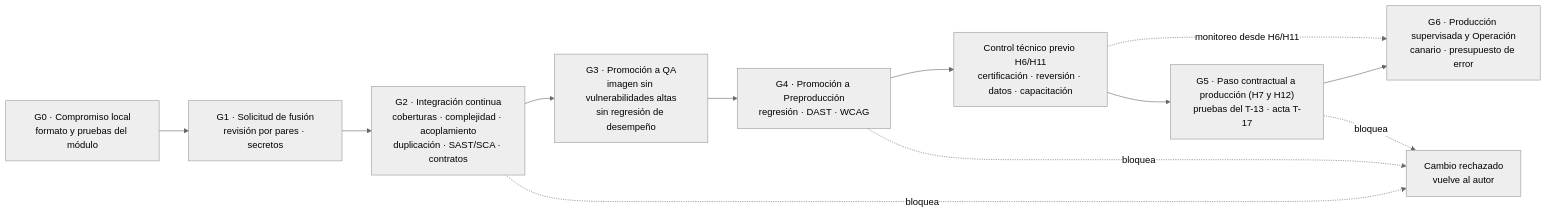
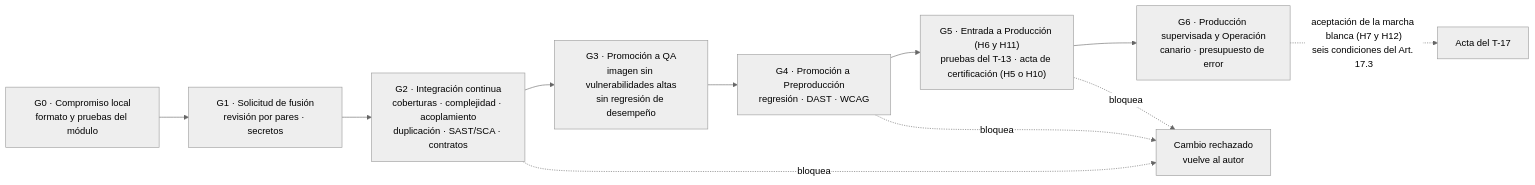
One commit to PatricioH315/LafroX changed the third of 9 diagrams in 09_plan_calidad/v_nueva/LAFROX-Subdocumento9.md. Above: the diagram before and after it, drawn with Mermaid (neutral theme). The commit also changed other lines of this file and 16 other files, not shown here.

````diff
--- a/09_plan_calidad/v_nueva/LAFROX-Subdocumento9.md
+++ b/09_plan_calidad/v_nueva/LAFROX-Subdocumento9.md
@@ -236,14 +237,13 @@
 ```mermaid
 flowchart LR
     G0["G0 · Compromiso local<br/>formato y pruebas del módulo"] --> G1["G1 · Solicitud de fusión<br/>revisión por pares · secretos"]
     G1 --> G2["G2 · Integración continua<br/>coberturas · complejidad · acoplamiento<br/>duplicación · SAST/SCA · contratos"]
     G2 --> G3["G3 · Promoción a QA<br/>imagen sin vulnerabilidades altas<br/>sin regresión de desempeño"]
     G3 --> G4["G4 · Promoción a Preproducción<br/>regresión · DAST · WCAG"]
-    G4 --> MB["Control técnico previo H6/H11<br/>certificación · reversión · datos · capacitación"]
-    MB --> G5["G5 · Paso contractual a producción (H7 y H12)<br/>pruebas del T-13 · acta T-17"]
+    G4 --> G5["G5 · Entrada a Producción (H6 y H11)<br/>pruebas del T-13 · acta de certificación (H5 o H10)"]
     G5 --> G6["G6 · Producción supervisada y Operación<br/>canario · presupuesto de error"]
-    MB -. monitoreo desde H6/H11 .-> G6
+    G6 -. "aceptación de la marcha blanca (H7 y H12)<br/>seis condiciones del Art. 17.3" .-> AC["Acta del T-17"]
     G2 -. bloquea .-> X["Cambio rechazado<br/>vuelve al autor"]
     G4 -. bloquea .-> X
     G5 -. bloquea .-> X
 ```
````
